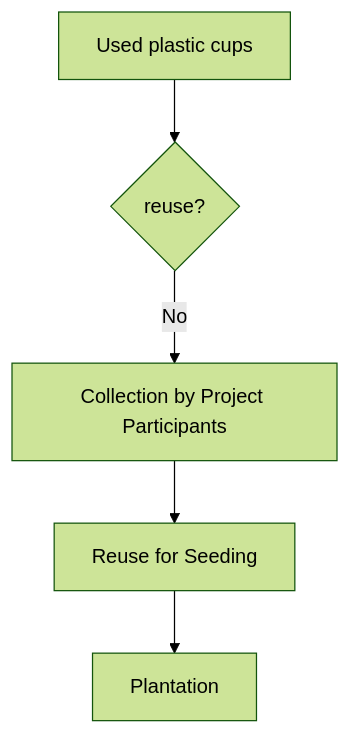
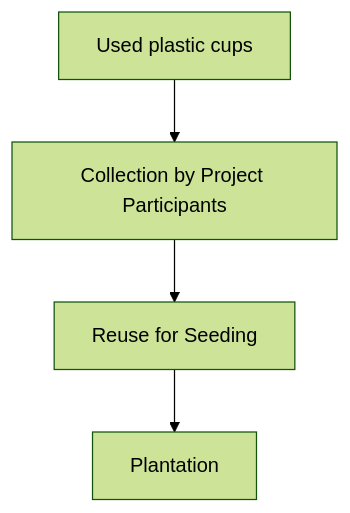
Before and after one commit to Kietpawpan/esc: the diagram in README.md, drawn with Mermaid (forest theme).

````diff
--- a/README.md
+++ b/README.md
@@ -9,7 +9,6 @@
 ```mermaid
 flowchart TD
-    A[Used plastic cups] --> B{reuse?}
-    B -->|No| C[Collection by Project Participants]
+    A[Used plastic cups] --> C[Collection by Project Participants]
     C --> D[Reuse for Seeding]
     D --> E[Plantation]
 ```
````
